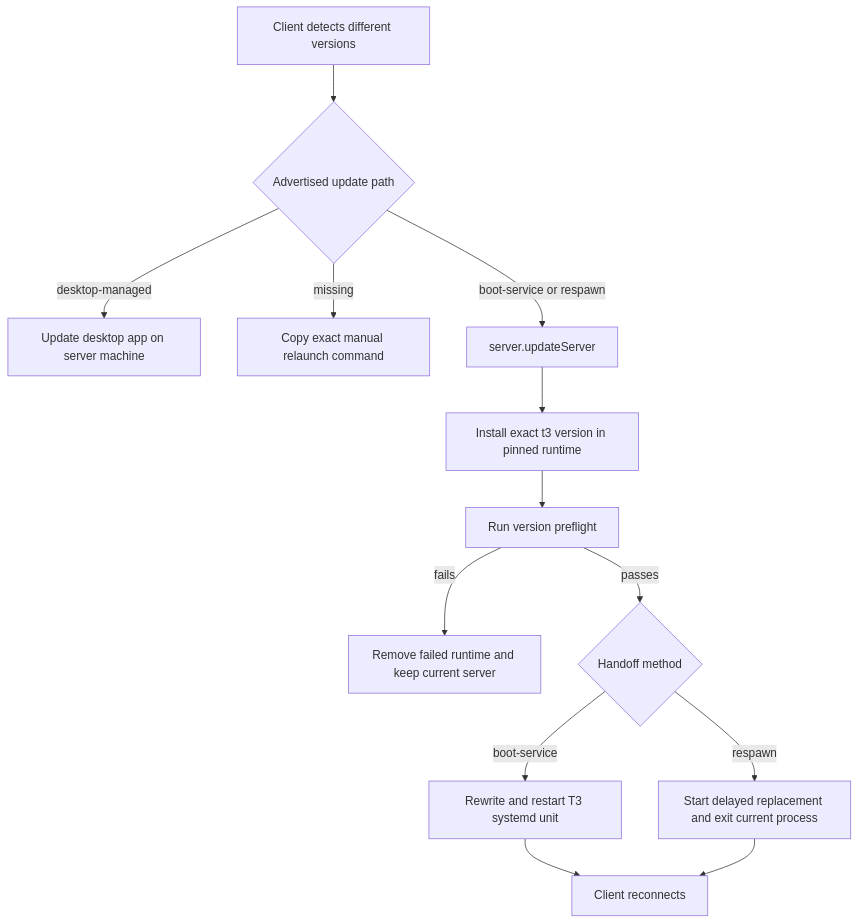
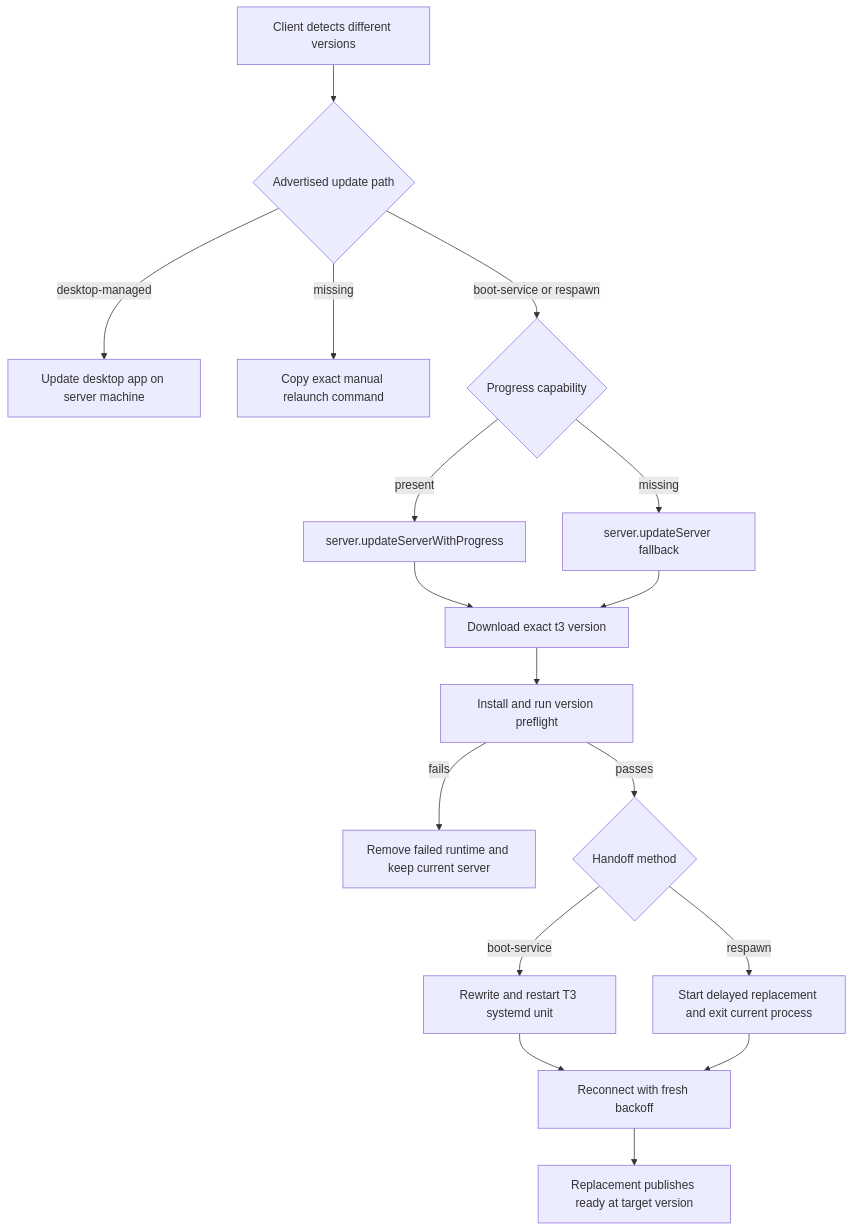
One commit to rhinehart514/croki changed the diagram in docs/architecture/server-updates.md. Above: the diagram before and after it, drawn with Mermaid. The commit also changed other lines of this file and 20 other files, not shown here.

Commit message:
fix(web): show server update progress through reconnect (#4903)

````diff
--- a/docs/architecture/server-updates.md
+++ b/docs/architecture/server-updates.md
@@ -54,15 +59,19 @@
 ```mermaid
 flowchart TD
     A[Client detects different versions] --> B{Advertised update path}
     B -->|desktop-managed| C[Update desktop app on server machine]
     B -->|missing| D[Copy exact manual relaunch command]
-    B -->|boot-service or respawn| E[server.updateServer]
-    E --> F[Install exact t3 version in pinned runtime]
-    F --> G[Run version preflight]
-    G -->|fails| H[Remove failed runtime and keep current server]
-    G -->|passes| I{Handoff method}
-    I -->|boot-service| J[Rewrite and restart T3 systemd unit]
-    I -->|respawn| K[Start delayed replacement and exit current process]
-    J --> L[Client reconnects]
-    K --> L
+    B -->|boot-service or respawn| E{Progress capability}
+    E -->|present| F[server.updateServerWithProgress]
+    E -->|missing| G[server.updateServer fallback]
+    F --> H[Download exact t3 version]
+    G --> H
+    H --> I[Install and run version preflight]
+    I -->|fails| J[Remove failed runtime and keep current server]
+    I -->|passes| K{Handoff method}
+    K -->|boot-service| L[Rewrite and restart T3 systemd unit]
+    K -->|respawn| M[Start delayed replacement and exit current process]
+    L --> N[Reconnect with fresh backoff]
+    M --> N
+    N --> O[Replacement publishes ready at target version]
 ```
````
